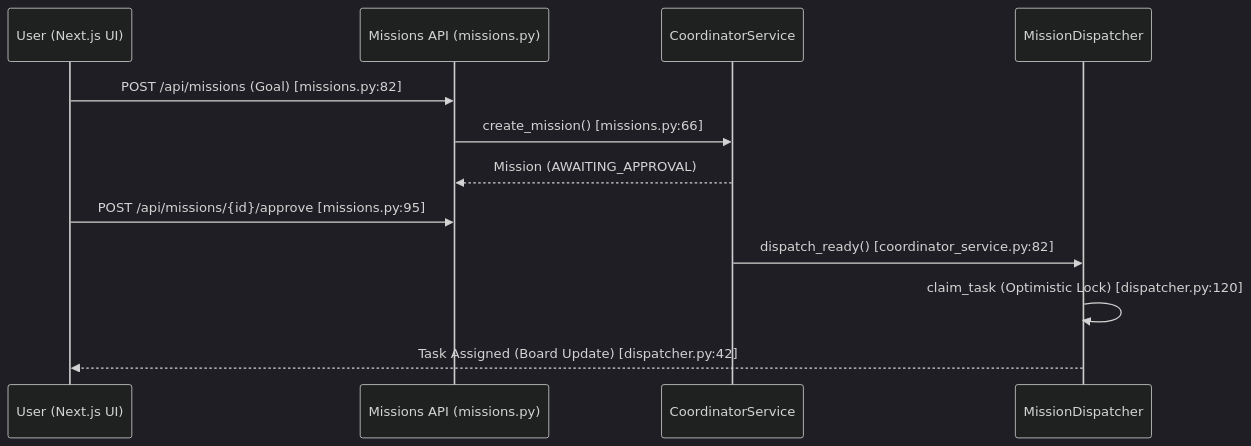
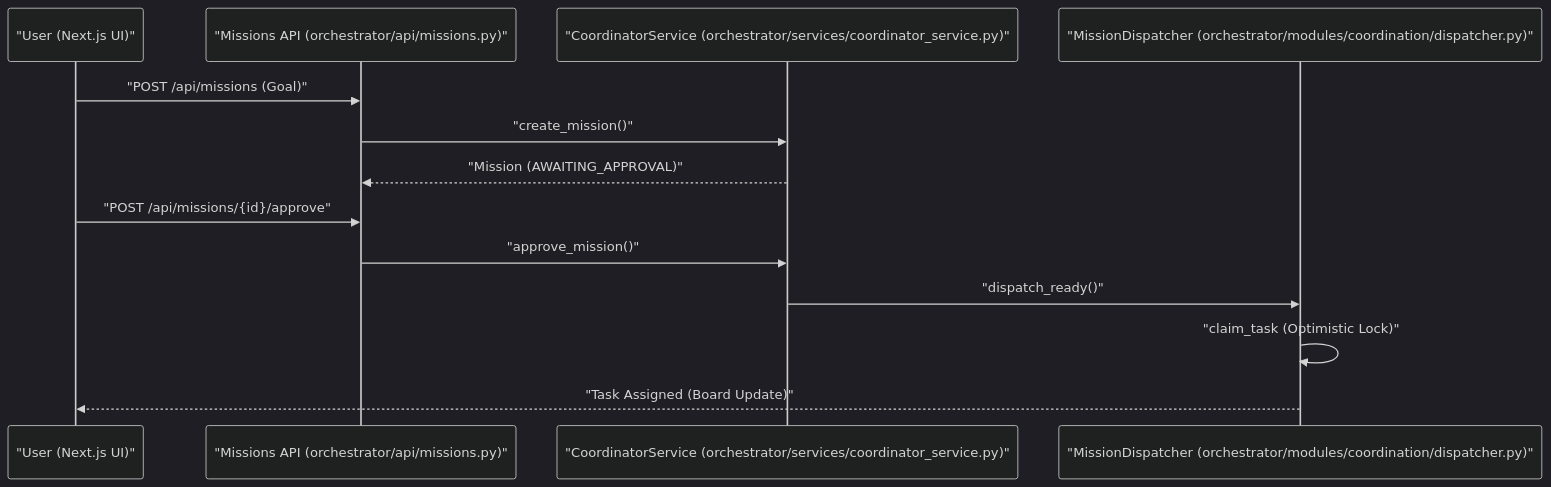
One commit to AutomatosAI/automatos-ai changed the second of 2 diagrams in docs/missions-multi-agent-coordination/_index.md. Above: the diagram before and after it, drawn with Mermaid (dark theme). The commit also changed other lines of this file and 191 other files, not shown here.

````diff
--- a/docs/missions-multi-agent-coordination/_index.md
+++ b/docs/missions-multi-agent-coordination/_index.md
@@ -114,15 +128,16 @@
 ```mermaid
 sequenceDiagram
-    participant U as User (Next.js UI)
-    participant API as Missions API (missions.py)
-    participant CS as CoordinatorService
-    participant DP as MissionDispatcher
+    participant U as "User (Next.js UI)"
+    participant API as "Missions API (orchestrator/api/missions.py)"
+    participant CS as "CoordinatorService (orchestrator/services/coordinator_service.py)"
+    participant DP as "MissionDispatcher (orchestrator/modules/coordination/dispatcher.py)"
 
-    U->>API: POST /api/missions (Goal) [missions.py:82]
-    API->>CS: create_mission() [missions.py:66]
-    CS-->>API: Mission (AWAITING_APPROVAL)
-    U->>API: POST /api/missions/{id}/approve [missions.py:95]
-    CS->>DP: dispatch_ready() [coordinator_service.py:82]
-    DP->>DP: claim_task (Optimistic Lock) [dispatcher.py:120]
-    DP-->>U: Task Assigned (Board Update) [dispatcher.py:42]
+    U->>API: "POST /api/missions (Goal)"
+    API->>CS: "create_mission()"
+    CS-->>API: "Mission (AWAITING_APPROVAL)"
+    U->>API: "POST /api/missions/{id}/approve"
+    API->>CS: "approve_mission()"
+    CS->>DP: "dispatch_ready()"
+    DP->>DP: "claim_task (Optimistic Lock)"
+    DP-->>U: "Task Assigned (Board Update)"
 ```
````
